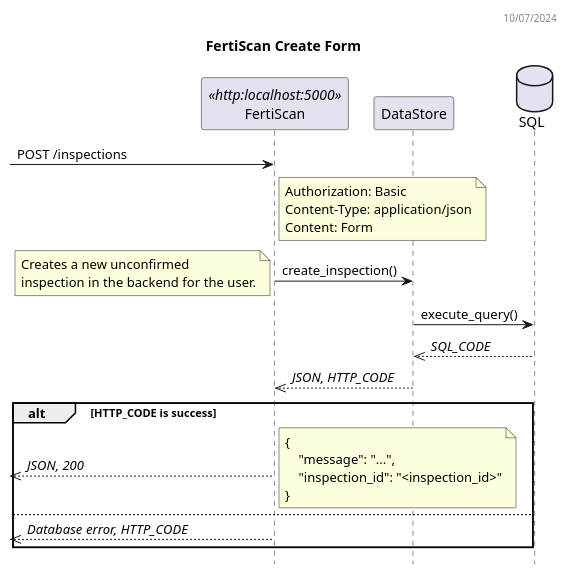
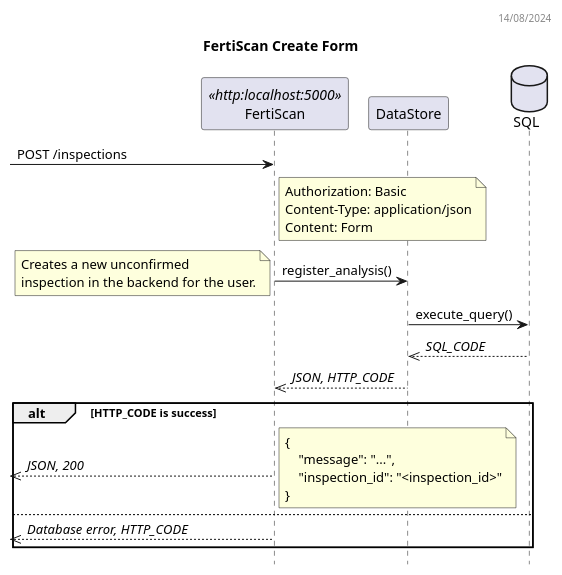
Before and after one commit to ai-cfia/fertiscan-backend: the diagram in docs/plantuml/create_inspection_dss.puml, drawn with PlantUML. The commit also changed 16 other files, not shown here.

```diff
--- a/docs/plantuml/create_inspection_dss.puml
+++ b/docs/plantuml/create_inspection_dss.puml
@@ -1,38 +1,38 @@
 @startuml FertiScan Sequence Diagram
-header 10/07/2024
+header 14/08/2024
 
 title FertiScan Create Form
 hide empty members
 hide footbox
 
 participant FertiScan as BE <<http:localhost:5000>>
 participant DataStore as DS
 database SQL as DB
 
 -> BE: POST /inspections
 note right BE
   Authorization: Basic
   Content-Type: application/json
   Content: Form
 end note
-BE -> DS: create_inspection()
+BE -> DS: register_analysis()
 note left
     Creates a new unconfirmed
     inspection in the backend for the user.
 end note
 DS -> DB: execute_query()
 DS <<-- DB: //SQL_CODE//
 BE <<-- DS: //JSON, HTTP_CODE//
 alt HTTP_CODE is success
   <<-- BE: //JSON, 200//
   note right
     {
         "message": "...",
         "inspection_id": "<inspection_id>"
     }
   end note
 else
   <<-- BE: //Database error, HTTP_CODE//
 end
 
 @enduml
```
